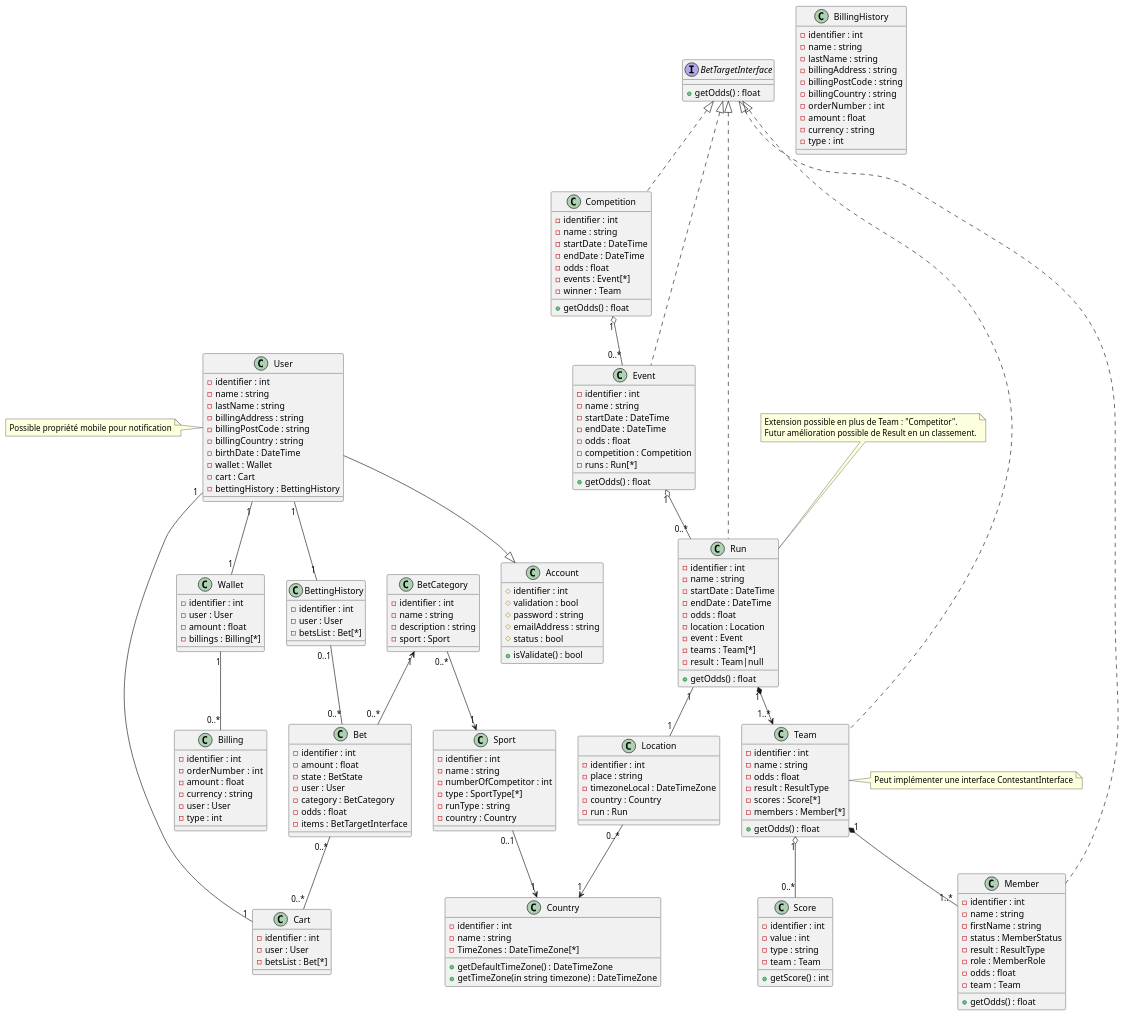
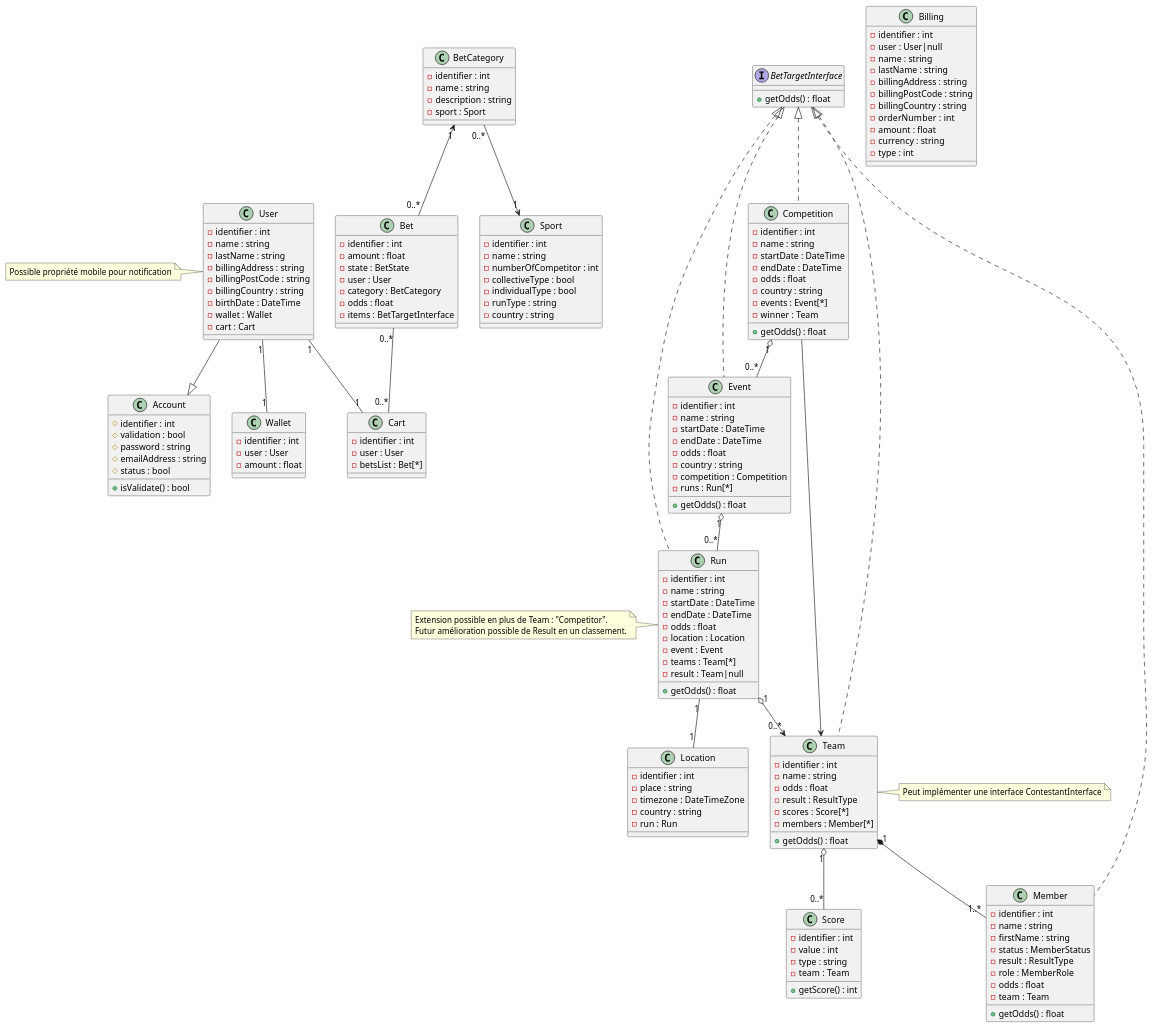
The diagram in Diagramme_de_classe.puml (OFP-CDA-Mulhouse-2020/parisportif5), drawn with PlantUML before and after one commit. The commit also changed 1 other file, not shown here.

```diff
--- a/Diagramme_de_classe.puml
+++ b/Diagramme_de_classe.puml
@@ -4,21 +4,17 @@
 'Relations :
     User --|> Account
     BetCategory "1" <-- "0..*" Bet
-    User "1" -- "1" BettingHistory
     User "1" -- "1" Wallet
     User "1" -- "1" Cart
     Bet "0..*" -- "0..*" Cart
-    BettingHistory "0..1" -- "0..*" Bet
     BetCategory "0..*" --> "1" Sport
     Competition "1" o-- "0..*" Event
+    Competition --> Team
     Event "1" o-- "0..*" Run
     Run "1" -- "1" Location
     Team "1" o-- "0..*" Score
-    Run "1" *--> "1..*" Team
+    Run "1" o--> "0..*" Team
     Team "1" *-- "1..*" Member
-    Sport "0..1" --> "1" Country
-    Location "0..*" --> "1" Country
-    Wallet "1" -- "0..*" Billing
     BetTargetInterface <|.. Competition
     BetTargetInterface <|.. Event
     BetTargetInterface <|.. Run
@@ -30,16 +26,9 @@
         -identifier : int
         -user : User
         -amount : float
-        -billings : Billing[*]
     }
     'Panier qui contient les paris sélectionnés
     class Cart {
-        -identifier : int
-        -user : User
-        -betsList : Bet[*]
-    }
-    'Historique des paris gagnés ou perdus
-    class BettingHistory {
         -identifier : int
         -user : User
         -betsList : Bet[*]
@@ -68,21 +57,12 @@
         -birthDate : DateTime
         -wallet : Wallet
         -cart : Cart
-        -bettingHistory : BettingHistory
     }
     note left : Possible propriété mobile pour notification
     'Factures (type=débit ou crédit)
     class Billing {
         -identifier : int
-        -orderNumber  : int
-        -amount : float
-        -currency : string
-        -user : User
-        -type : int
-    }
-    'Historique des factures (type=débit ou crédit)
-    class BillingHistory {
-        -identifier : int
+        -user : User|null
         -name : string
         -lastName : string
         -billingAddress : string
@@ -114,8 +94,8 @@
     class Location {
         -identifier : int
         -place : string
-        -timezoneLocal : DateTimeZone
-        -country : Country
+        -timezone : DateTimeZone
+        -country : string
         -run : Run
     }
     'Sport pratiqué (runtype = fixture, race) (type = collectif ou individuel ou les deux)
@@ -123,17 +103,10 @@
         -identifier : int
         -name : string
         -numberOfCompetitor : int
-        -type : SportType[*]
+        -collectiveType : bool
+        -individualType : bool
         -runType : string
-        -country : Country
-    }
-    'Pays du lieu de la rencontre/course
-    class Country {
-        -identifier : int
-        -name : string
-        -TimeZones : DateTimeZone[*]
-        +getDefaultTimeZone() : DateTimeZone
-        +getTimeZone(in string timezone) : DateTimeZone
+        -country : string
     }
     'Compétition (JO, Ligue des Champions, F1 Championnat du monde)
     class Competition {
@@ -142,6 +115,7 @@
         -startDate : DateTime
         -endDate : DateTime
         -odds : float
+        -country : string
         -events : Event[*]
         -winner : Team
         +getOdds() : float
@@ -153,6 +127,7 @@
         -startDate : DateTime
         -endDate : DateTime
         -odds : float
+        -country : string
         -competition : Competition
         -runs : Run[*]
         +getOdds() : float
@@ -170,7 +145,7 @@
         -result : Team|null
         +getOdds() : float
     }
-    note top of Run
+    note left of Run
     Extension possible en plus de Team : "Competitor".
     Futur amélioration possible de Result en un classement.
     end note
```
